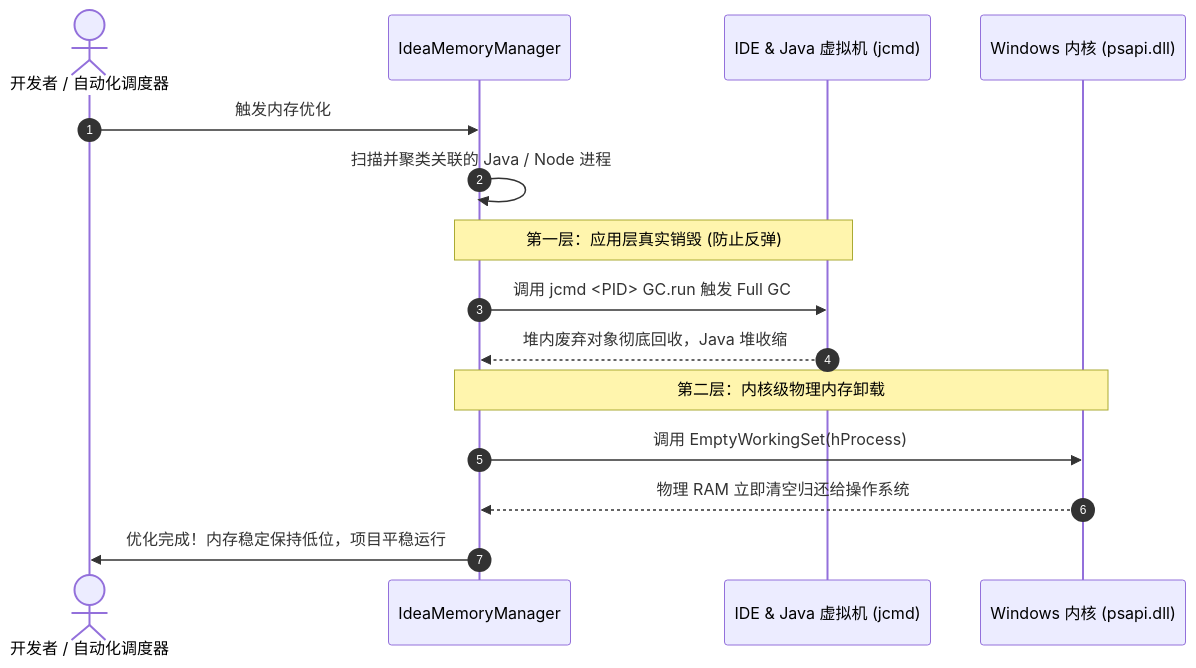
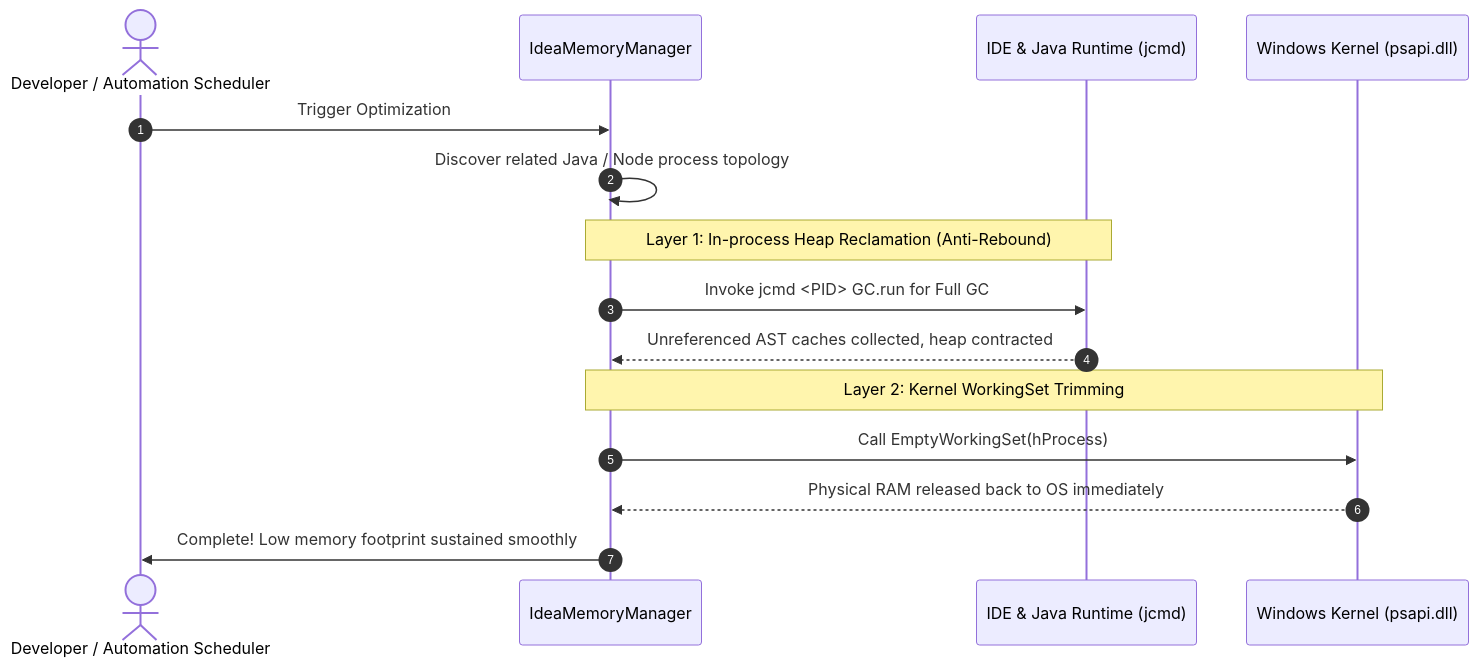
One commit to BowlongRise/IdeaMemoryManager changed the diagram in README.md. Above: the diagram before and after it, drawn with Mermaid. The commit also changed other lines of this file and 2 other files, not shown here.

Commit message:
docs: set English as default README and add README_CN

````diff
--- a/README.md
+++ b/README.md
@@ -51,18 +43,18 @@
 ```mermaid
 sequenceDiagram
     autonumber
-    actor Dev as 开发者 / 自动化调度器
+    actor Dev as Developer / Automation Scheduler
     participant Mgr as IdeaMemoryManager
-    participant JVM as IDE & Java 虚拟机 (jcmd)
-    participant Kernel as Windows 内核 (psapi.dll)
+    participant JVM as IDE & Java Runtime (jcmd)
+    participant Kernel as Windows Kernel (psapi.dll)
 
-    Dev->>Mgr: 触发内存优化
-    Mgr->>Mgr: 扫描并聚类关联的 Java / Node 进程
-    Note over Mgr,JVM: 第一层：应用层真实销毁 (防止反弹)
-    Mgr->>JVM: 调用 jcmd <PID> GC.run 触发 Full GC
-    JVM-->>Mgr: 堆内废弃对象彻底回收，Java 堆收缩
-    Note over Mgr,Kernel: 第二层：内核级物理内存卸载
-    Mgr->>Kernel: 调用 EmptyWorkingSet(hProcess)
-    Kernel-->>Mgr: 物理 RAM 立即清空归还给操作系统
-    Mgr->>Dev: 优化完成！内存稳定保持低位，项目平稳运行
+    Dev->>Mgr: Trigger Optimization
+    Mgr->>Mgr: Discover related Java / Node process topology
+    Note over Mgr,JVM: Layer 1: In-process Heap Reclamation (Anti-Rebound)
+    Mgr->>JVM: Invoke jcmd <PID> GC.run for Full GC
+    JVM-->>Mgr: Unreferenced AST caches collected, heap contracted
+    Note over Mgr,Kernel: Layer 2: Kernel WorkingSet Trimming
+    Mgr->>Kernel: Call EmptyWorkingSet(hProcess)
+    Kernel-->>Mgr: Physical RAM released back to OS immediately
+    Mgr->>Dev: Complete! Low memory footprint sustained smoothly
 ```
````
